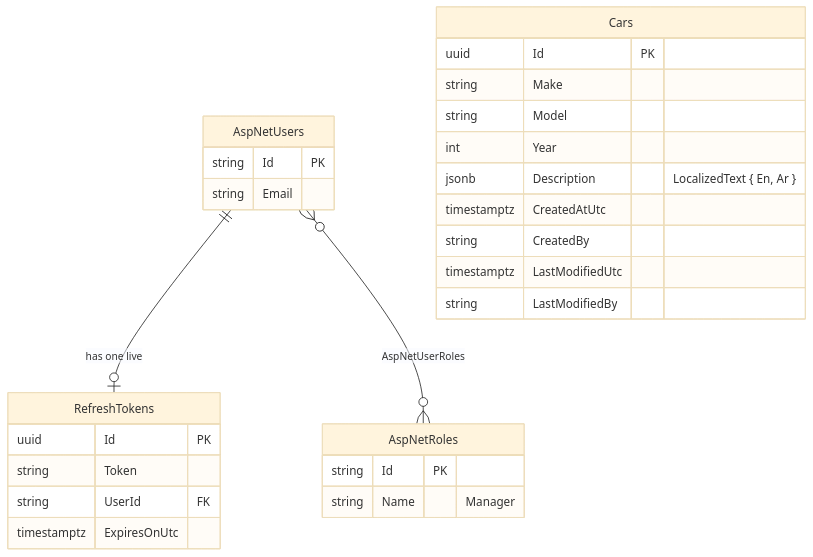
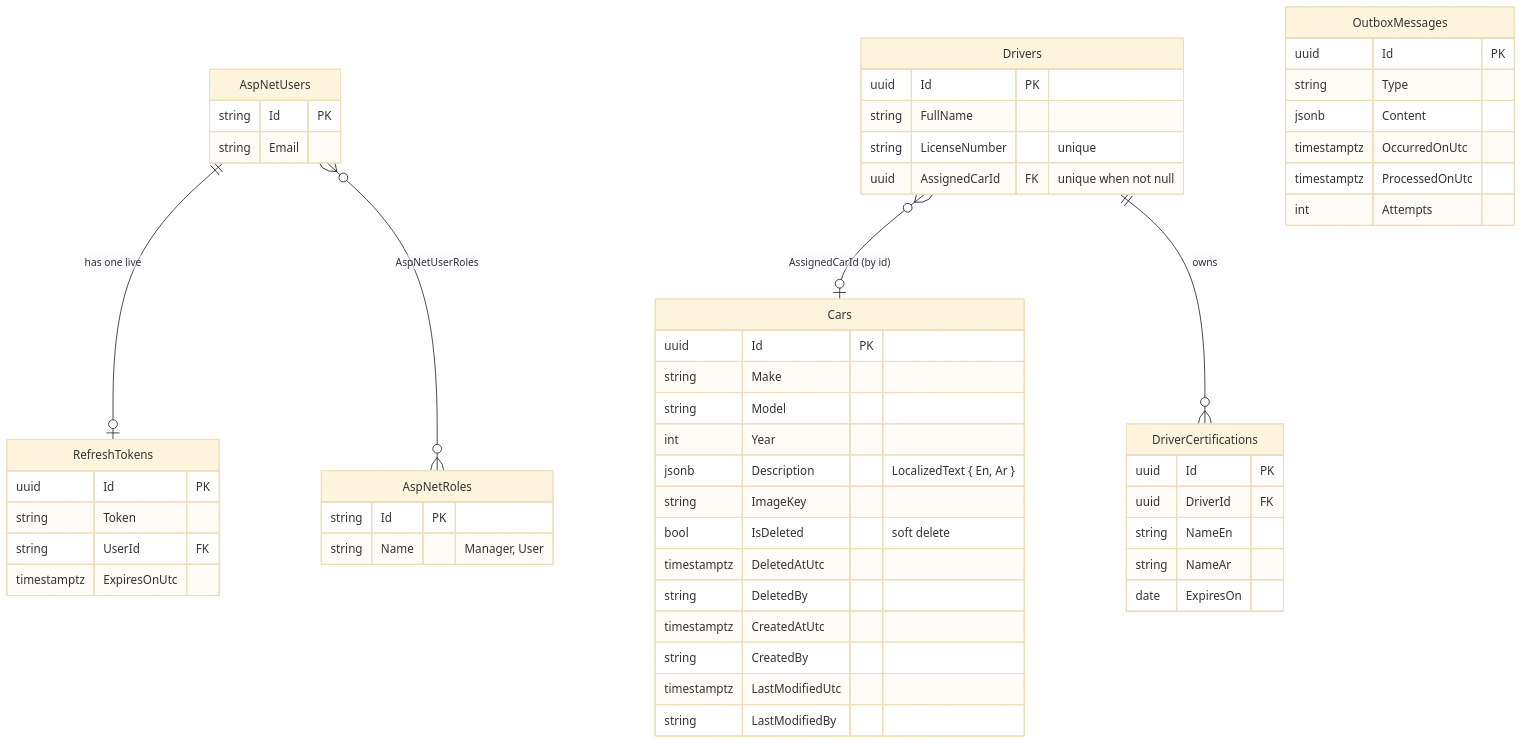
Before and after one commit to fat7i-alghareeb/BackEnd_templete: the ninth of 13 diagrams in docs/SHOWCASE.md, drawn with Mermaid (base theme). The commit also changed other lines of this file and 49 other files, not shown here.

````diff
--- a/docs/SHOWCASE.md
+++ b/docs/SHOWCASE.md
@@ -464,30 +474,57 @@
 ```mermaid
 erDiagram
     AspNetUsers ||--o| RefreshTokens : "has one live"
     AspNetUsers }o--o{ AspNetRoles : "AspNetUserRoles"
+    Drivers }o--o| Cars : "AssignedCarId (by id)"
+    Drivers ||--o{ DriverCertifications : "owns"
     Cars {
         uuid Id PK
         string Make
         string Model
         int Year
         jsonb Description "LocalizedText { En, Ar }"
+        string ImageKey
+        bool IsDeleted "soft delete"
+        timestamptz DeletedAtUtc
+        string DeletedBy
         timestamptz CreatedAtUtc
         string CreatedBy
         timestamptz LastModifiedUtc
         string LastModifiedBy
+    }
+    Drivers {
+        uuid Id PK
+        string FullName
+        string LicenseNumber "unique"
+        uuid AssignedCarId FK "unique when not null"
+    }
+    DriverCertifications {
+        uuid Id PK
+        uuid DriverId FK
+        string NameEn
+        string NameAr
+        date ExpiresOn
     }
     RefreshTokens {
         uuid Id PK
         string Token
         string UserId FK
         timestamptz ExpiresOnUtc
     }
+    OutboxMessages {
+        uuid Id PK
+        string Type
+        jsonb Content
+        timestamptz OccurredOnUtc
+        timestamptz ProcessedOnUtc
+        int Attempts
+    }
     AspNetUsers {
         string Id PK
         string Email
     }
     AspNetRoles {
         string Id PK
-        string Name "Manager"
+        string Name "Manager, User"
     }
 ```
````
